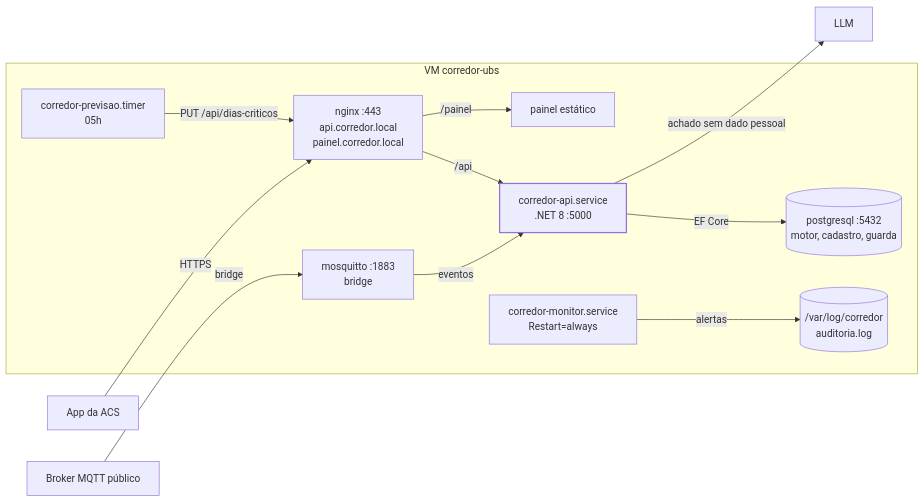
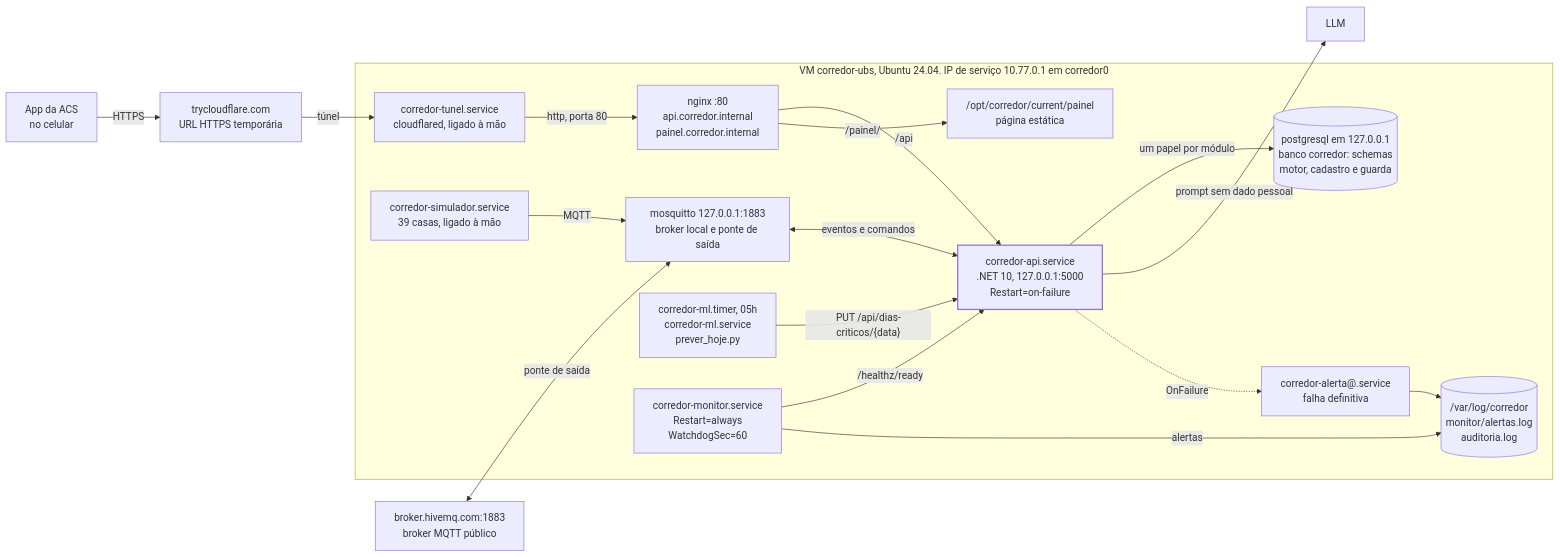
One commit to IamP5/corredor-aceso changed the diagram in docs/arquitetura/diagramas/modelos/flowchart.mmd. Above: the diagram before and after it, drawn with Mermaid. The commit also changed 211 other files, not shown here.

First line of the commit message:
docs(arquitetura): visão geral final, 28 diagramas e índice da pasta

```diff
--- a/docs/arquitetura/diagramas/modelos/flowchart.mmd
+++ b/docs/arquitetura/diagramas/modelos/flowchart.mmd
@@ -1,27 +1,39 @@
 %% Modelo flowchart LR. Vistas: visão geral, estado da casa (escada de decisões), mapa de contextos, VM e serviços,
 %% provisionamento, CI, telas do app. Regras: LR; TB só quando a cadeia principal é uma escada vertical curta.
 %% Rótulo de nó até 3 linhas com <br/>, rótulo de aresta até 4 palavras, um único :::luz, fora do sistema com :::externo.
+%% Corpo copiado de 21-vm-e-servicos.mmd.
 flowchart LR
-  app["App da ACS"]:::externo
-  pub["Broker MQTT público"]:::externo
+  app["App da ACS<br/>no celular"]:::externo
+  cf["trycloudflare.com<br/>URL HTTPS temporária"]:::externo
+  pub["broker.hivemq.com:1883<br/>broker MQTT público"]:::externo
   llm["LLM"]:::externo
-  subgraph vm["VM corredor-ubs"]
-    nginx["nginx :443<br/>api.corredor.local<br/>painel.corredor.local"]
-    api["corredor-api.service<br/>.NET 8 :5000"]:::luz
-    painel["painel estático"]
-    mq["mosquitto :1883<br/>bridge"]
-    pg[("postgresql :5432<br/>motor, cadastro, guarda")]
-    job["corredor-previsao.timer<br/>05h"]
-    mon["corredor-monitor.service<br/>Restart=always"]
-    log[("/var/log/corredor<br/>auditoria.log")]
+  subgraph vm["VM corredor-ubs, Ubuntu 24.04. IP de serviço 10.77.0.1 em corredor0"]
+    tunel["corredor-tunel.service<br/>cloudflared, ligado à mão"]
+    nginx["nginx :80<br/>api.corredor.internal<br/>painel.corredor.internal"]
+    api["corredor-api.service<br/>.NET 10, 127.0.0.1:5000<br/>Restart=on-failure"]:::luz
+    painel["/opt/corredor/current/painel<br/>página estática"]
+    mq["mosquitto 127.0.0.1:1883<br/>broker local e ponte de saída"]
+    sim["corredor-simulador.service<br/>39 casas, ligado à mão"]
+    pg[("postgresql em 127.0.0.1<br/>banco corredor: schemas<br/>motor, cadastro e guarda")]
+    ml["corredor-ml.timer, 05h<br/>corredor-ml.service<br/>prever_hoje.py"]
+    mon["corredor-monitor.service<br/>Restart=always<br/>WatchdogSec=60"]
+    alerta["corredor-alerta@.service<br/>falha definitiva"]
+    log[("/var/log/corredor<br/>monitor/alertas.log<br/>auditoria.log")]
   end
-  app -- HTTPS --> nginx
+  app -- "HTTPS" --> cf
+  cf -- "túnel" --> tunel
+  tunel -- "http, porta 80" --> nginx
   nginx -- "/api" --> api
-  nginx -- "/painel" --> painel
-  pub -- bridge --> mq -- eventos --> api
-  api -- "EF Core" --> pg
-  job -- "PUT /api/dias-criticos" --> nginx
-  api -- "achado sem dado pessoal" --> llm
-  mon -- alertas --> log
+  nginx -- "/painel/" --> painel
+  pub <-- "ponte de saída" --> mq
+  sim -- "MQTT" --> mq
+  mq <-- "eventos e comandos" --> api
+  api -- "um papel por módulo" --> pg
+  ml -- "PUT /api/dias-criticos/{data}" --> api
+  api -- "prompt sem dado pessoal" --> llm
+  mon -- "/healthz/ready" --> api
+  mon -- "alertas" --> log
+  api -. "OnFailure" .-> alerta
+  alerta --> log
   classDef luz stroke-width:2px
   classDef externo stroke-width:1px
```
